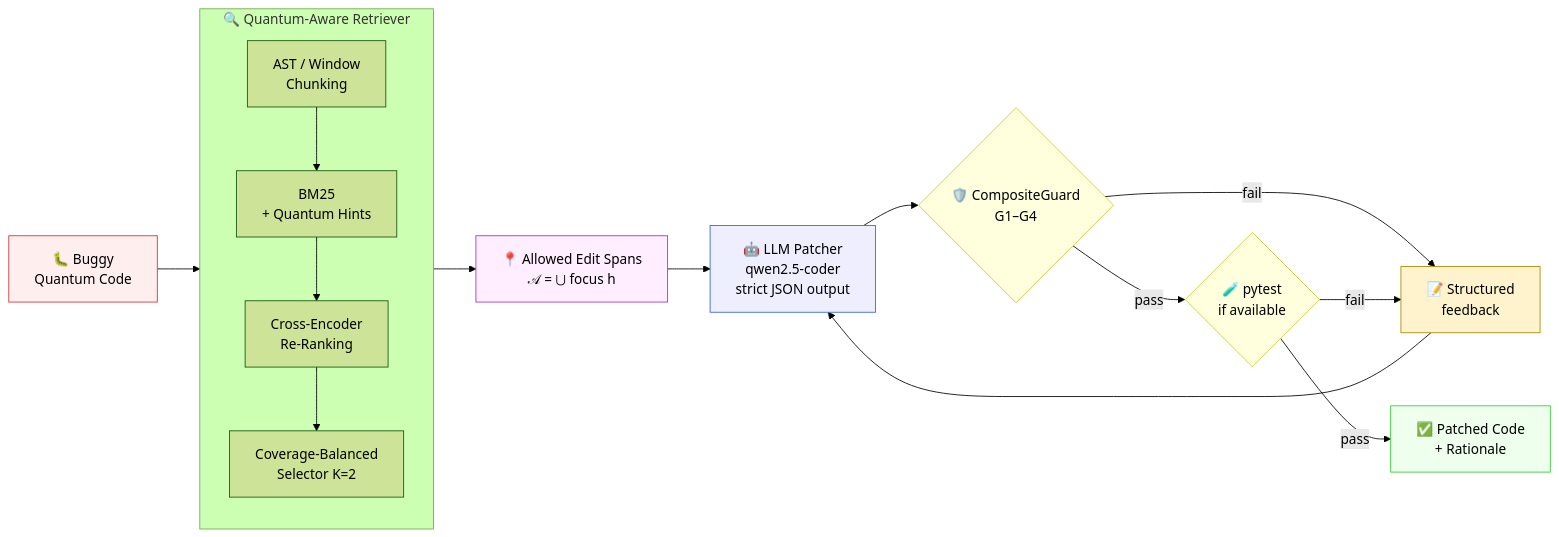
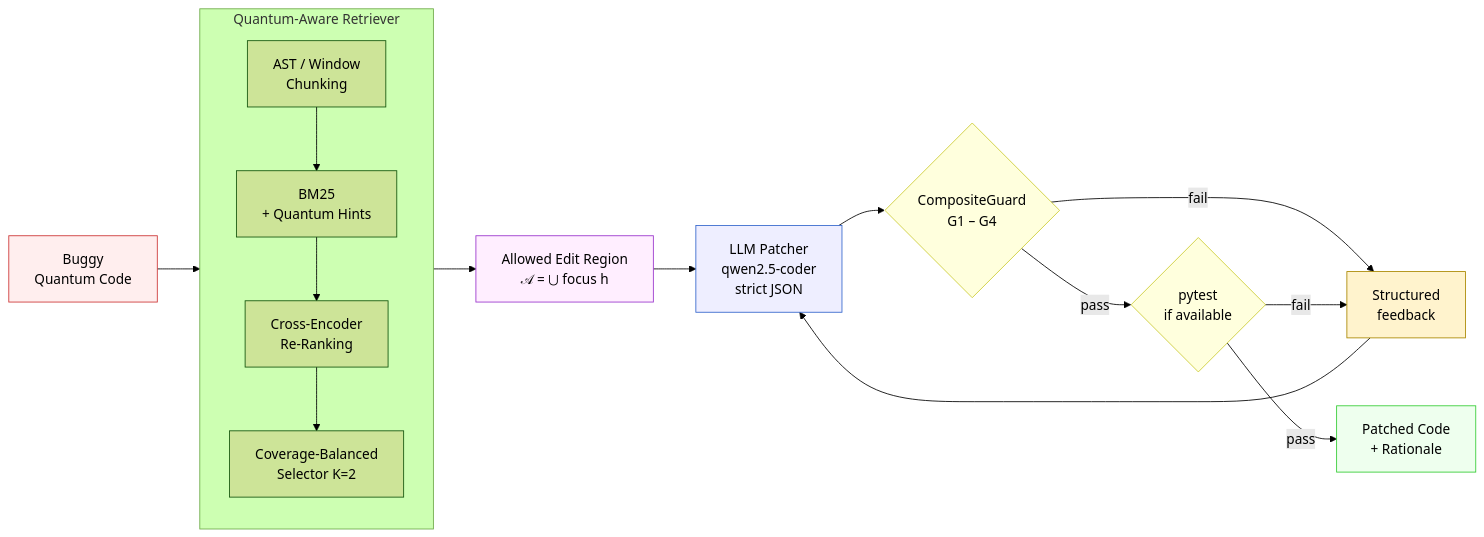
Before and after one commit to Al-Moccardi/GRAP4Q: the diagram in README.md, drawn with Mermaid (forest theme). The commit also changed other lines of this file, not shown here.

````diff
--- a/README.md
+++ b/README.md
@@ -58,29 +57,29 @@
 ```mermaid
 flowchart LR
-    A[🐛 Buggy<br/>Quantum Code]
+    A[Buggy<br/>Quantum Code]
 
-    subgraph R [🔍 Quantum-Aware Retriever]
+    subgraph R [Quantum-Aware Retriever]
         direction TB
         R1[AST / Window<br/>Chunking] --> R2[BM25<br/>+ Quantum Hints]
         R2 --> R3[Cross-Encoder<br/>Re-Ranking]
         R3 --> R4[Coverage-Balanced<br/>Selector K=2]
     end
 
     A --> R
-    R --> S[📍 Allowed Edit Spans<br/>𝒜 = ⋃ focus h]
-    S --> D[🤖 LLM Patcher<br/>qwen2.5-coder<br/>strict JSON output]
-    D --> E{🛡️ CompositeGuard<br/>G1–G4}
-    E -->|fail| FB[📝 Structured<br/>feedback]
+    R --> S[Allowed Edit Region<br/>𝒜 = ⋃ focus h]
+    S --> D[LLM Patcher<br/>qwen2.5-coder<br/>strict JSON]
+    D --> E{CompositeGuard<br/>G1 – G4}
+    E -->|fail| FB[Structured<br/>feedback]
     FB --> D
-    E -->|pass| T{🧪 pytest<br/>if available}
+    E -->|pass| T{pytest<br/>if available}
     T -->|fail| FB
-    T -->|pass| F[✅ Patched Code<br/>+ Rationale]
+    T -->|pass| F[Patched Code<br/>+ Rationale]
 
     style A fill:#fee,stroke:#c33,color:#000
     style F fill:#efe,stroke:#3c3,color:#000
     style E fill:#ffd,stroke:#cc3,color:#000
     style T fill:#ffd,stroke:#cc3,color:#000
     style D fill:#eef,stroke:#36c,color:#000
     style S fill:#fef,stroke:#93c,color:#000
     style FB fill:#fff3cd,stroke:#a80,color:#000
 ```
````
